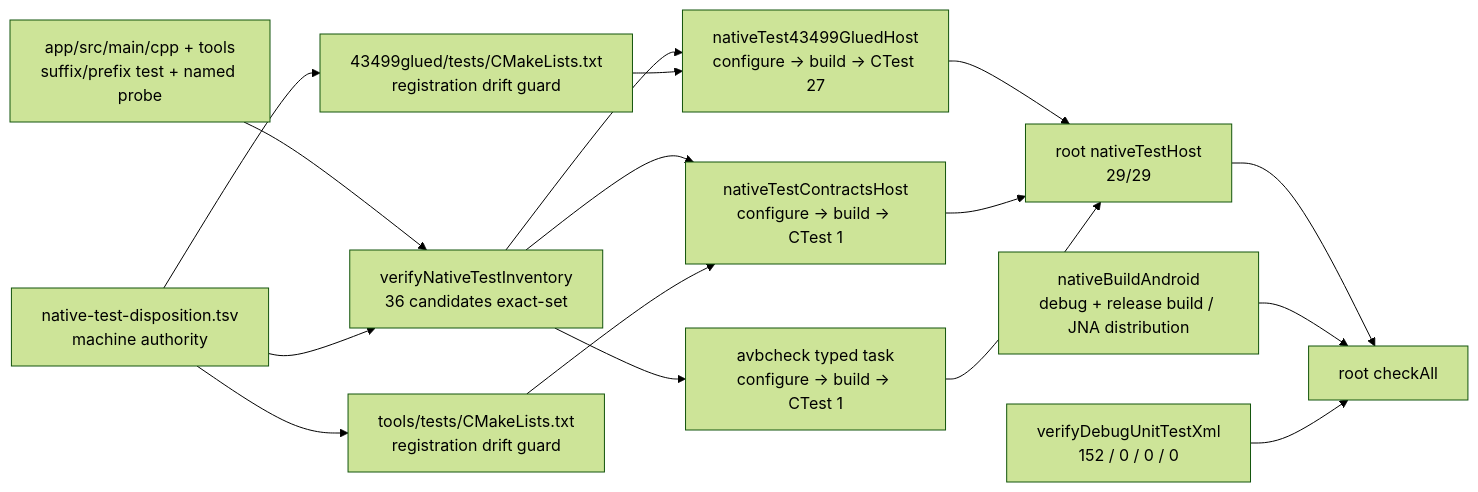
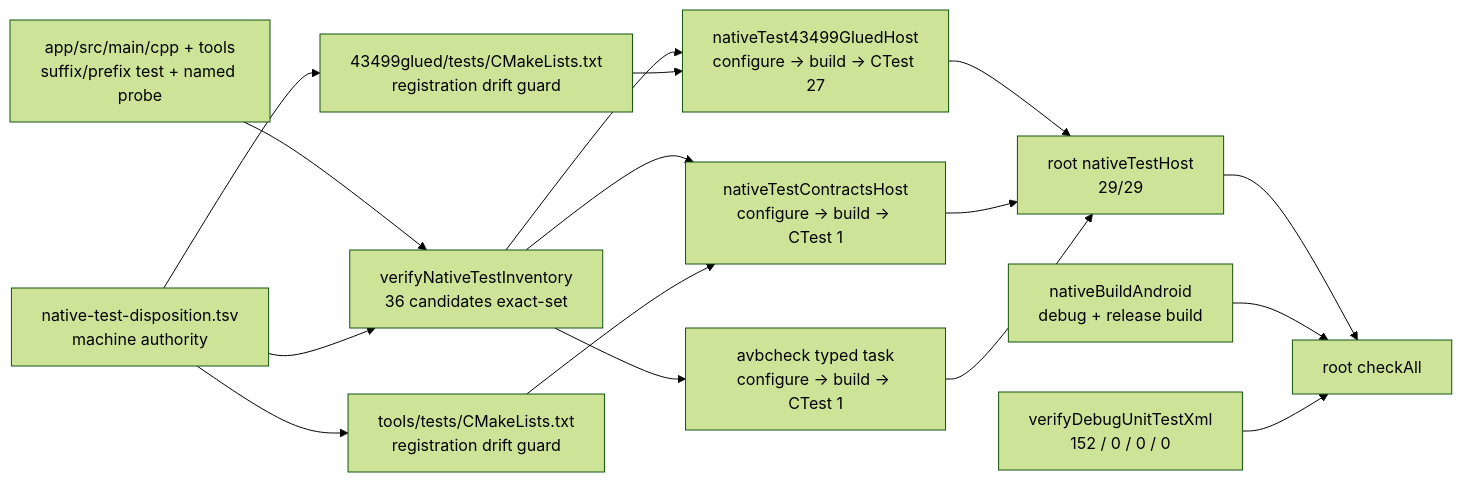
One commit to YuKongA/ghostlock-app changed diagram 33 of 59 in docs/development/full-process-uml.md. Above: the diagram before and after it, drawn with Mermaid (forest theme). The commit also changed other lines of this file and 276 other files, not shown here.

````diff
--- a/docs/development/full-process-uml.md
+++ b/docs/development/full-process-uml.md
@@ -1106,18 +1105,18 @@
 ```mermaid
 flowchart LR
   SOURCE["app/src/main/cpp + tools<br/>suffix/prefix test + named probe"] --> INVENTORY["verifyNativeTestInventory<br/>36 candidates exact-set"]
   TSV["native-test-disposition.tsv<br/>machine authority"] --> INVENTORY
   TSV --> C43499["43499glued/tests/CMakeLists.txt<br/>registration drift guard"]
   TSV --> CCONTRACT["tools/tests/CMakeLists.txt<br/>registration drift guard"]
   INVENTORY --> T43499["nativeTest43499GluedHost<br/>configure → build → CTest 27"]
   C43499 --> T43499
   INVENTORY --> TCONTRACT["nativeTestContractsHost<br/>configure → build → CTest 1"]
   CCONTRACT --> TCONTRACT
   INVENTORY --> TAVB["avbcheck typed task<br/>configure → build → CTest 1"]
   T43499 --> HOST_GATE["root nativeTestHost<br/>29/29"]
   TCONTRACT --> HOST_GATE
   TAVB --> HOST_GATE
   HOST_GATE --> CHECK_ALL["root checkAll"]
-  ANDROID_GATE["nativeBuildAndroid<br/>debug + release build / JNA distribution"] --> CHECK_ALL
+  ANDROID_GATE["nativeBuildAndroid<br/>debug + release build"] --> CHECK_ALL
   XML["verifyDebugUnitTestXml<br/>152 / 0 / 0 / 0"] --> CHECK_ALL
 ```
````
